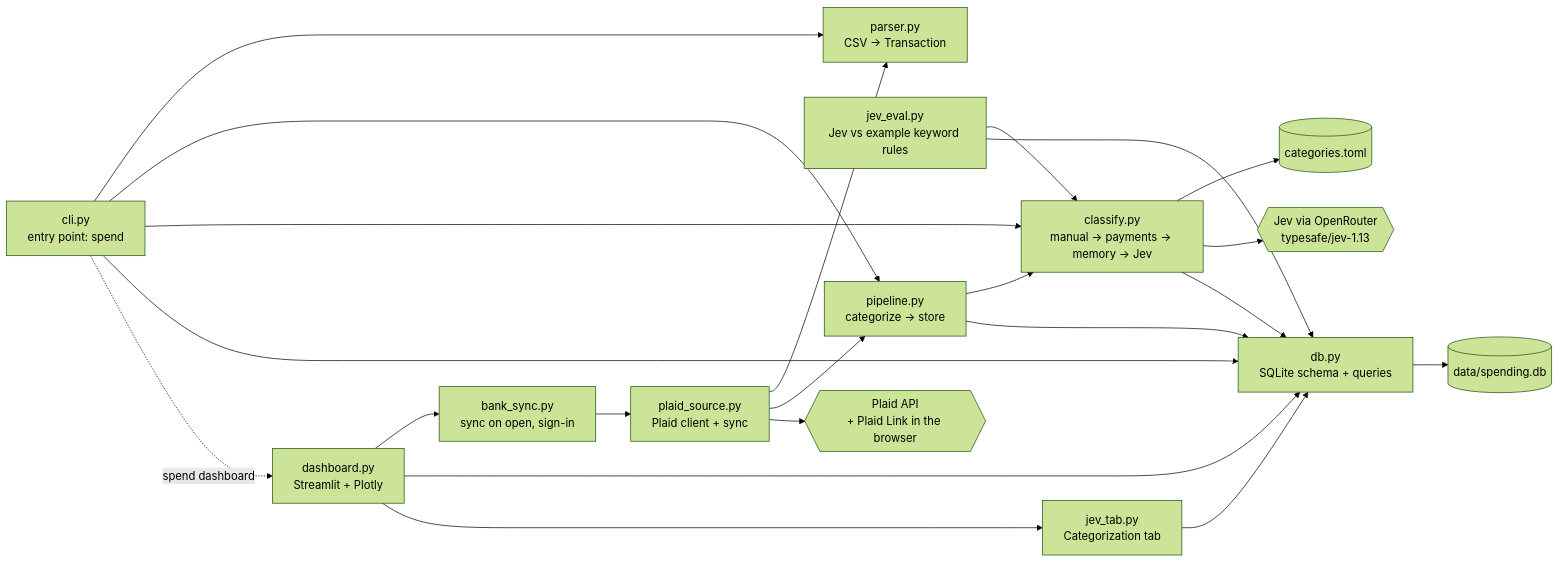
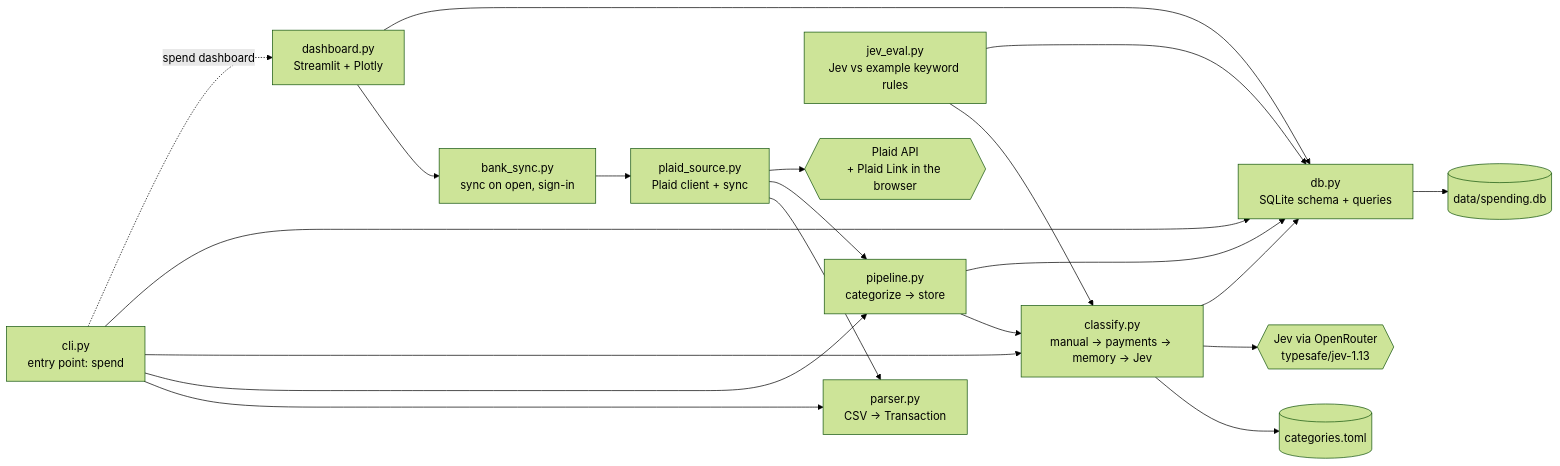
The second of 6 diagrams in STRUCTURE.md (alessandrofelici/spending-tracker), drawn with Mermaid (forest theme) before and after one commit. The commit also changed other lines of this file and 3 other files, not shown here.

First line of the commit message:
refactor(dashboard): remove the Categorization tab (#22)

````diff
--- a/STRUCTURE.md
+++ b/STRUCTURE.md
@@ -118,39 +117,36 @@
 ```mermaid
 flowchart LR
     cli["cli.py<br/>entry point: spend"]
     parser["parser.py<br/>CSV → Transaction"]
     classify["classify.py<br/>manual → payments → memory → Jev"]
     db["db.py<br/>SQLite schema + queries"]
     dash["dashboard.py<br/>Streamlit + Plotly"]
-    jevtab["jev_tab.py<br/>Categorization tab"]
     jeval["jev_eval.py<br/>Jev vs example keyword rules"]
     pipeline["pipeline.py<br/>categorize → store"]
     banksync["bank_sync.py<br/>sync on open, sign-in"]
     plaidsrc["plaid_source.py<br/>Plaid client + sync"]
     toml[("categories.toml")]
     sqlite[("data/spending.db")]
     llm{{"Jev via OpenRouter<br/>typesafe/jev-1.13"}}
     plaid{{"Plaid API<br/>+ Plaid Link in the browser"}}
 
     cli --> parser
     cli --> pipeline
     cli --> classify
     cli --> db
     cli -. "spend dashboard" .-> dash
     pipeline --> classify
     pipeline --> db
     classify --> toml
     classify --> llm
     classify --> db
     dash --> banksync
     dash --> db
-    dash --> jevtab
     banksync --> plaidsrc
     plaidsrc --> parser
     plaidsrc --> pipeline
     plaidsrc --> plaid
-    jevtab --> db
     jeval --> classify
     jeval --> db
     db --> sqlite
 ```
````
